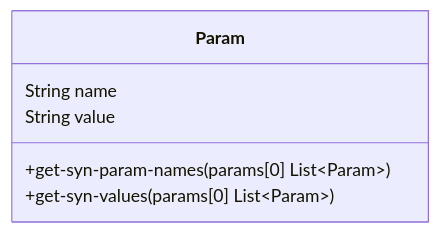
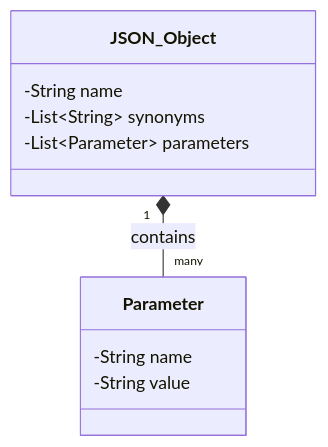
The fourth of 8 diagrams in Архитектура.md (pechkaeltsin/market2ksr), drawn with Mermaid before and after one commit. The commit also changed other lines of this file and 1 other file, not shown here.

````diff
--- a/Архитектура.md
+++ b/Архитектура.md
@@ -27,9 +139,13 @@
 ```mermaid
 classDiagram
-class Param{
-	String name
-	String value
-	+get-syn-param-names(params[0] List~Param~)
-	+get-syn-values(params[0] List~Param~)
-}
+    class JSON_Object {
+        -String name
+        -List~String~ synonyms
+        -List~Parameter~ parameters
+    }
+    class Parameter {
+        -String name
+        -String value
+    }
+    JSON_Object "1" *-- "many" Parameter : contains
 ```
````
